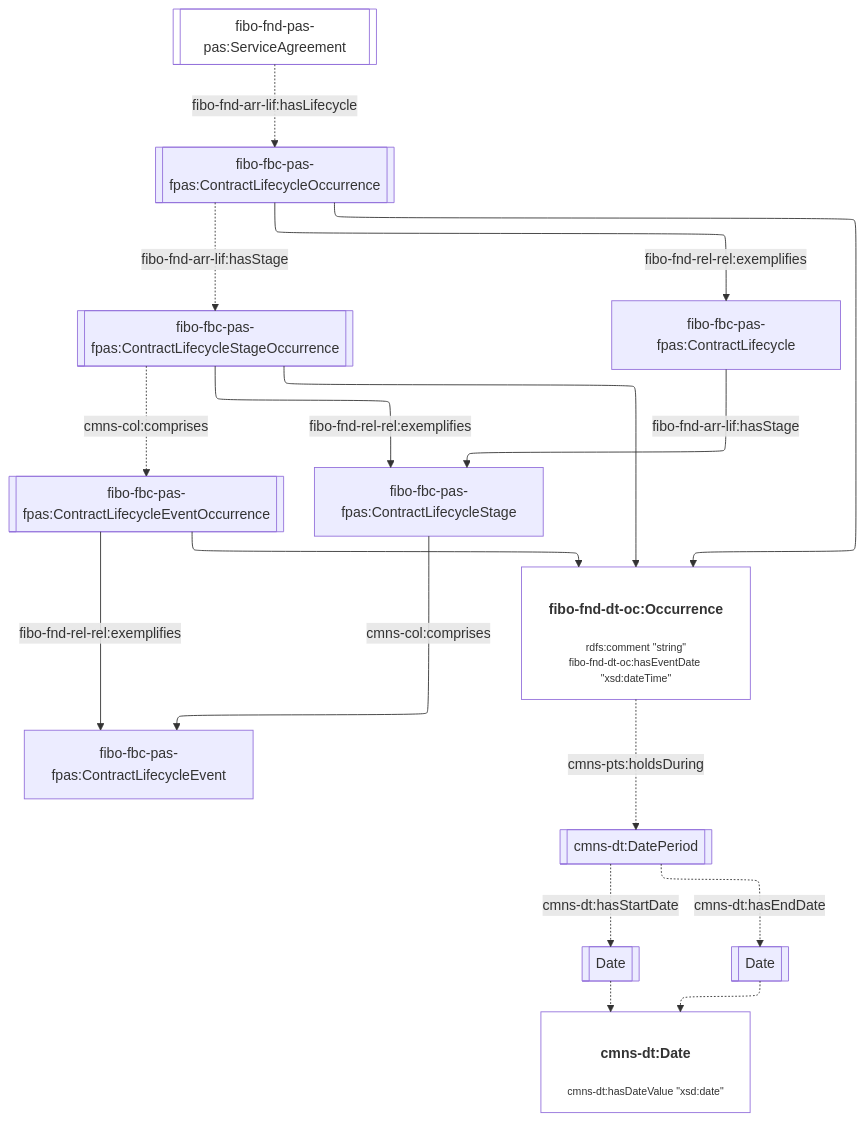
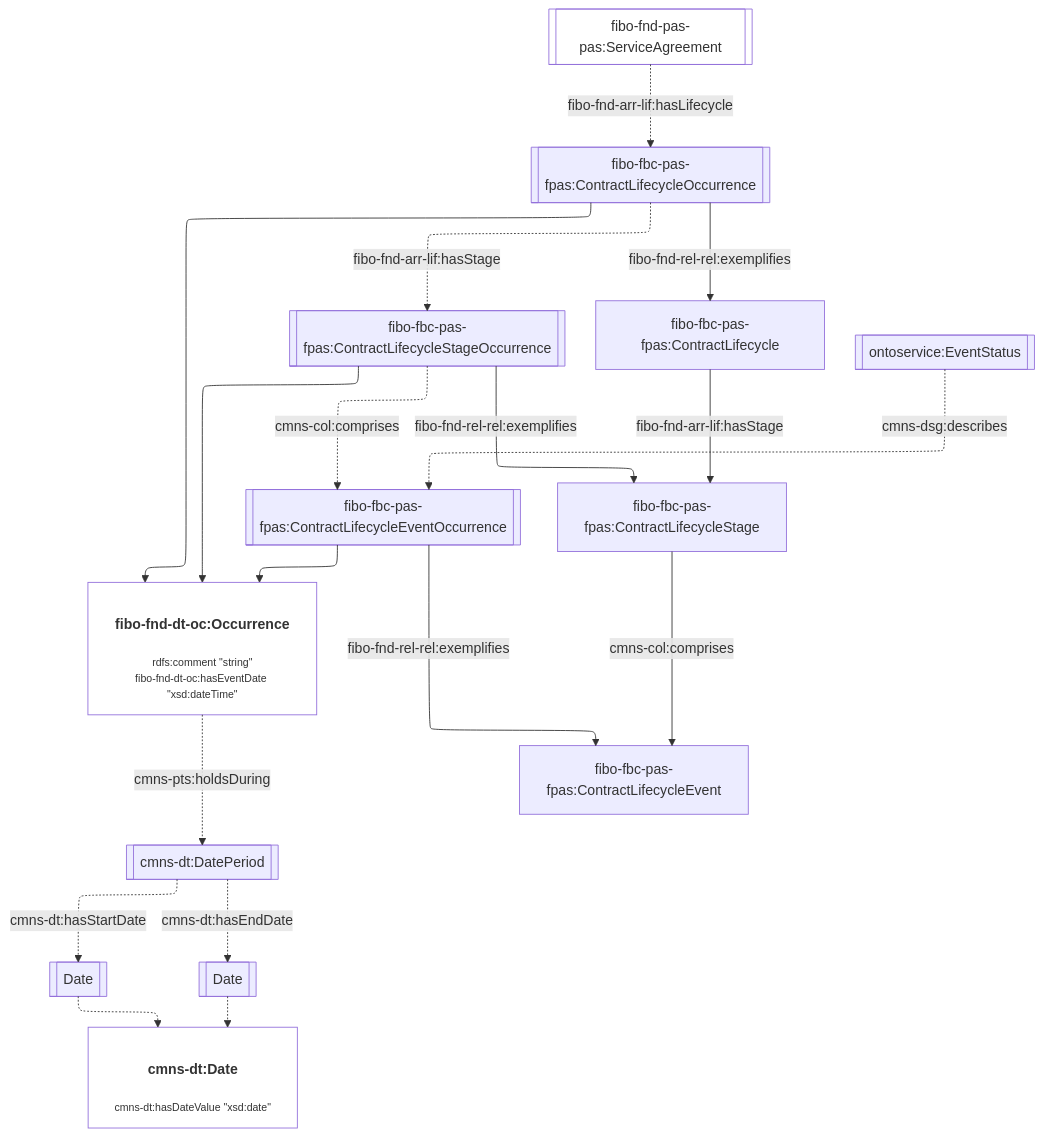
One commit to cambridge-cares/TheWorldAvatar changed the seventh of 11 diagrams in JPS_Ontology/ontology/ontoservice/README.md. Above: the diagram before and after it, drawn with Mermaid. The commit also changed other lines of this file and 4 other files, not shown here.

````diff
--- a/JPS_Ontology/ontology/ontoservice/README.md
+++ b/JPS_Ontology/ontology/ontoservice/README.md
@@ -278,29 +279,31 @@
 ```mermaid
 %%{init: {"flowchart": {"defaultRenderer": "elk"}} }%%
 flowchart TD
     %% Styling
     classDef literal fill:none
     classDef node overflow-wrap:break-word,text-wrap:pretty
     linkStyle default overflow-wrap:break-word,text-wrap:pretty;
 
     %% Contents
     Agreement[[fibo-fnd-pas-pas:ServiceAgreement]]:::literal -. fibo-fnd-arr-lif:hasLifecycle .-> LifecycleOccurrence[[fibo-fbc-pas-fpas:ContractLifecycleOccurrence]]
     LifecycleOccurrence -. fibo-fnd-arr-lif:hasStage .-> StageOccurrence[[fibo-fbc-pas-fpas:ContractLifecycleStageOccurrence]]
     StageOccurrence -. cmns-col:comprises .-> EventOccurrence[[fibo-fbc-pas-fpas:ContractLifecycleEventOccurrence]]
 
     LifecycleOccurrence -- fibo-fnd-rel-rel:exemplifies --> Lifecycle[fibo-fbc-pas-fpas:ContractLifecycle]
     StageOccurrence -- fibo-fnd-rel-rel:exemplifies --> Stage[fibo-fbc-pas-fpas:ContractLifecycleStage]
     EventOccurrence -- fibo-fnd-rel-rel:exemplifies --> Event[fibo-fbc-pas-fpas:ContractLifecycleEvent]
 
     Lifecycle -- fibo-fnd-arr-lif:hasStage --> Stage
     Stage -- cmns-col:comprises --> Event
 
     LifecycleOccurrence --> Occurrence["<h4>fibo-fnd-dt-oc:Occurrence</h4><p style='font-size:0.75rem;'>rdfs:comment &quot;string&quot;<br>fibo-fnd-dt-oc:hasEventDate &quot;xsd:dateTime&quot;</p>"]:::literal
     StageOccurrence --> Occurrence
     EventOccurrence --> Occurrence
     Occurrence -. cmns-pts:holdsDuring .-> DatePeriod[[cmns-dt:DatePeriod]]
     DatePeriod -. cmns-dt:hasStartDate .-> StartDate[[Date]]
     DatePeriod -. cmns-dt:hasEndDate .-> EndDate[[Date]]
     StartDate -.-> Date["<h4>cmns-dt:Date</h4><p style='font-size:0.75rem;'>cmns-dt:hasDateValue &quot;xsd:date&quot;</p>"]:::literal
     EndDate -.-> Date
+
+    EventStatus[[ontoservice:EventStatus]] -. cmns-dsg:describes .-> EventOccurrence
 ```
````
